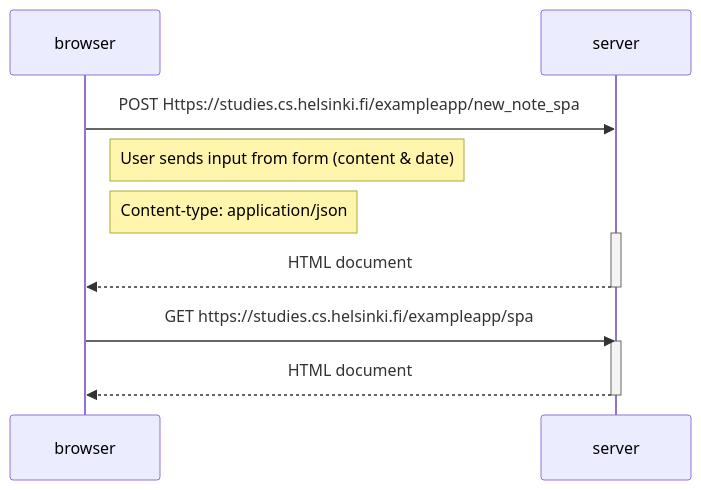
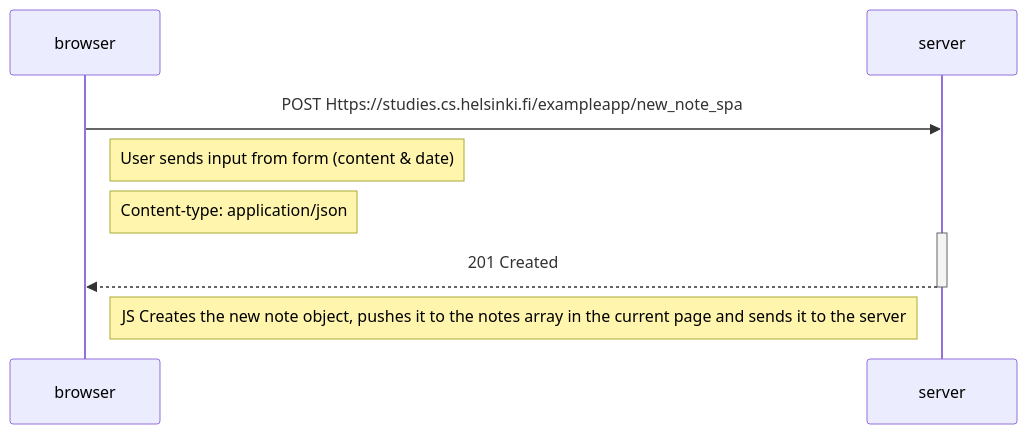
Before and after one commit to Burstniart/fullstackopen: the diagram in part0/new_note_in_single_page_app_diagram.md, drawn with Mermaid.

Commit message:
SPA note push

````diff
--- a/part0/new_note_in_single_page_app_diagram.md
+++ b/part0/new_note_in_single_page_app_diagram.md
@@ -1,22 +1,17 @@
 ```mermaid
 sequenceDiagram
     participant browser
     participant server
 
 
     browser->>server: POST Https://studies.cs.helsinki.fi/exampleapp/new_note_spa
     Note right of browser: User sends input from form (content & date)
     Note right of browser: Content-type: application/json
 
     activate server
-    server-->>browser: HTML document
+    server-->>browser: 201 Created
     deactivate server
 
-
-    browser->>server: GET https://studies.cs.helsinki.fi/exampleapp/spa
-    activate server
-    server-->>browser: HTML document
-    deactivate server
-
+    Note right of browser: JS Creates the new note object, pushes it to the notes array in the current page and sends it to the server
 
 ```
````
